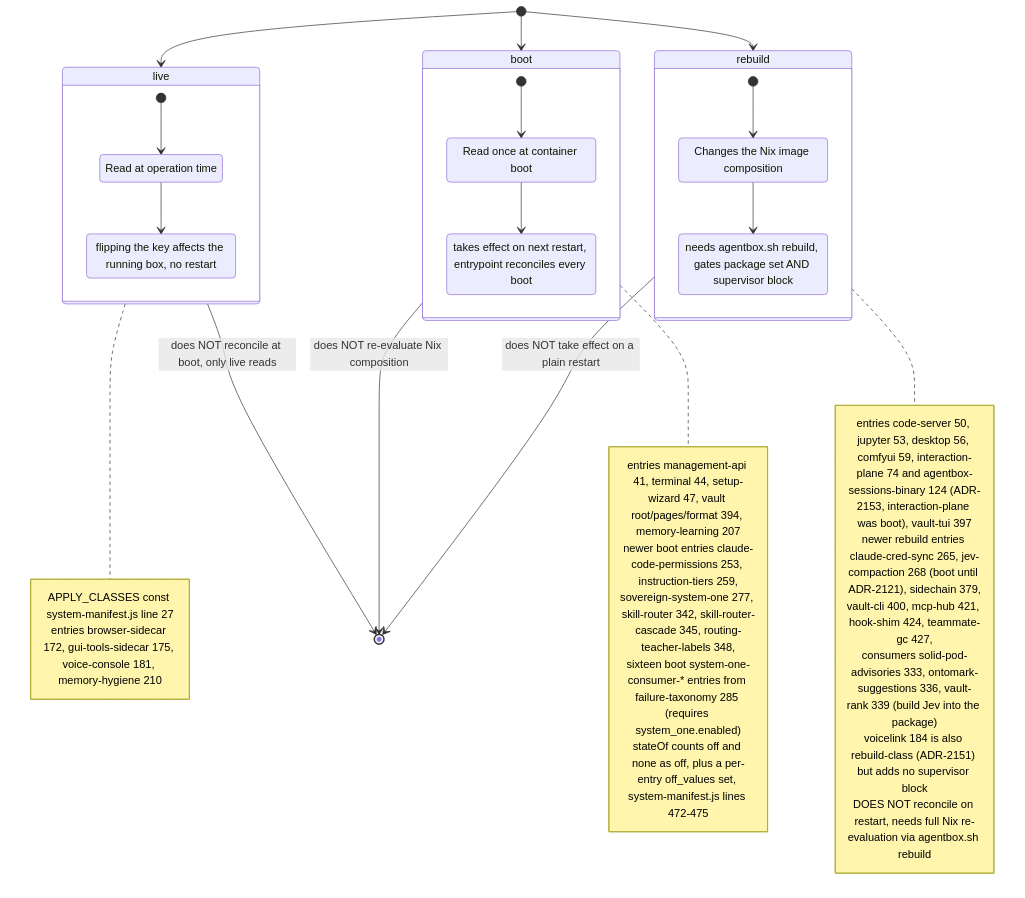
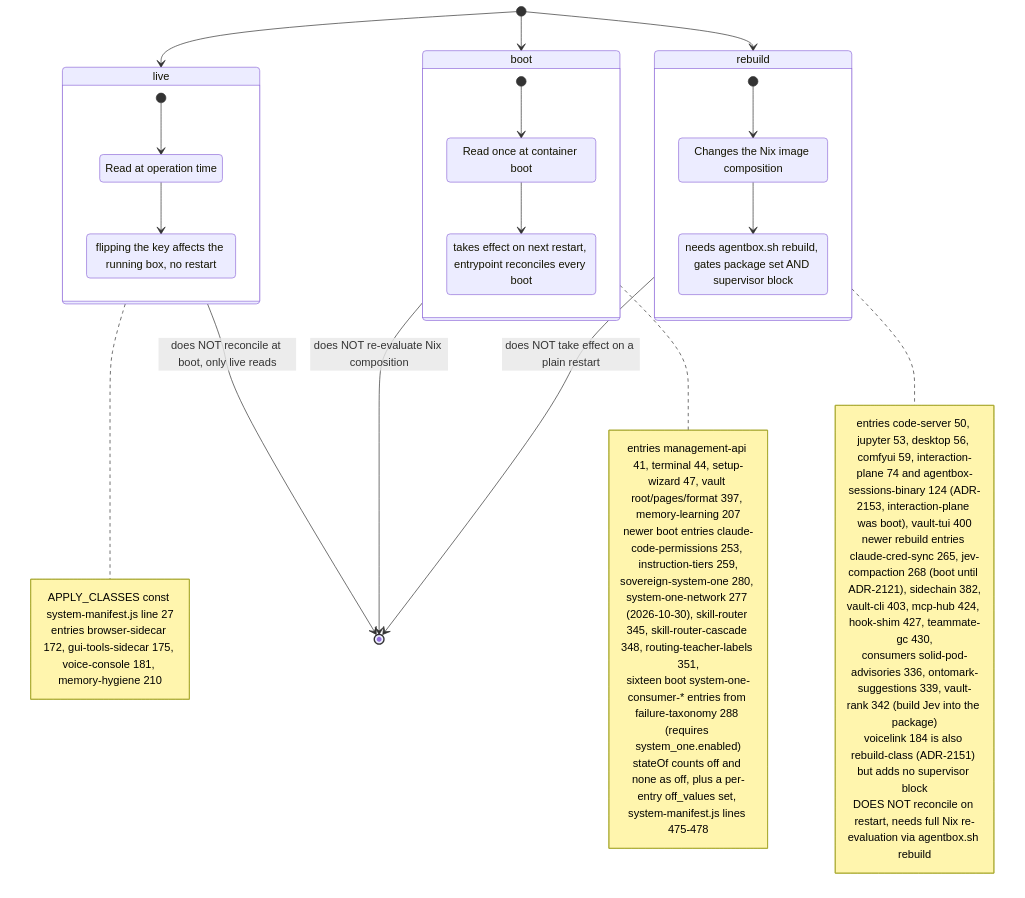
The second of 10 diagrams in docs/diagrams/agentbox/01-nix-flake-composition.md (DreamLab-AI/VisionFlow), drawn with Mermaid before and after one commit. The commit also changed other lines of this file and 142 other files, not shown here.

First line of the commit message:
docs(diagrams): one System One route; re-verify 140 topics at today's heads

````diff
--- a/docs/diagrams/agentbox/01-nix-flake-composition.md
+++ b/docs/diagrams/agentbox/01-nix-flake-composition.md
@@ -105,44 +105,44 @@
 ```mermaid
 stateDiagram-v2
     [*] --> live
     [*] --> boot
     [*] --> rebuild
 
     state live {
         [*] --> LiveRead
         LiveRead: Read at operation time
         LiveRead --> LiveEffect
         LiveEffect: flipping the key affects the running box, no restart
     }
     state boot {
         [*] --> BootRead
         BootRead: Read once at container boot
         BootRead --> BootEffect
         BootEffect: takes effect on next restart, entrypoint reconciles every boot
     }
     state rebuild {
         [*] --> RebuildRead
         RebuildRead: Changes the Nix image composition
         RebuildRead --> RebuildEffect
         RebuildEffect: needs agentbox.sh rebuild, gates package set AND supervisor block
     }
 
     note right of live
         APPLY_CLASSES const system-manifest.js line 27
         entries browser-sidecar 172, gui-tools-sidecar 175, voice-console 181, memory-hygiene 210
     end note
     note right of boot
-        entries management-api 41, terminal 44, setup-wizard 47, vault root/pages/format 394, memory-learning 207
-        newer boot entries claude-code-permissions 253, instruction-tiers 259,<br/>sovereign-system-one 277, skill-router 342, skill-router-cascade 345, routing-teacher-labels 348,<br/>sixteen boot system-one-consumer-* entries from failure-taxonomy 285 (requires system_one.enabled)
-        stateOf counts off and none as off, plus a per-entry off_values set, system-manifest.js lines 472-475
+        entries management-api 41, terminal 44, setup-wizard 47, vault root/pages/format 397, memory-learning 207
+        newer boot entries claude-code-permissions 253, instruction-tiers 259,<br/>sovereign-system-one 280, system-one-network 277 (2026-10-30), skill-router 345, skill-router-cascade 348, routing-teacher-labels 351,<br/>sixteen boot system-one-consumer-* entries from failure-taxonomy 288 (requires system_one.enabled)
+        stateOf counts off and none as off, plus a per-entry off_values set, system-manifest.js lines 475-478
     end note
     note right of rebuild
-        entries code-server 50, jupyter 53, desktop 56, comfyui 59, interaction-plane 74 and agentbox-sessions-binary 124 (ADR-2153, interaction-plane was boot), vault-tui 397
-        newer rebuild entries claude-cred-sync 265, jev-compaction 268 (boot until ADR-2121), sidechain 379,<br/>vault-cli 400, mcp-hub 421, hook-shim 424, teammate-gc 427,<br/>consumers solid-pod-advisories 333, ontomark-suggestions 336, vault-rank 339 (build Jev into the package)<br/>voicelink 184 is also rebuild-class (ADR-2151) but adds no supervisor block
+        entries code-server 50, jupyter 53, desktop 56, comfyui 59, interaction-plane 74 and agentbox-sessions-binary 124 (ADR-2153, interaction-plane was boot), vault-tui 400
+        newer rebuild entries claude-cred-sync 265, jev-compaction 268 (boot until ADR-2121), sidechain 382,<br/>vault-cli 403, mcp-hub 424, hook-shim 427, teammate-gc 430,<br/>consumers solid-pod-advisories 336, ontomark-suggestions 339, vault-rank 342 (build Jev into the package)<br/>voicelink 184 is also rebuild-class (ADR-2151) but adds no supervisor block
         DOES NOT reconcile on restart, needs full Nix re-evaluation via agentbox.sh rebuild
     end note
 
     live --> [*]: does NOT reconcile at boot, only live reads
     boot --> [*]: does NOT re-evaluate Nix composition
     rebuild --> [*]: does NOT take effect on a plain restart
 ```
````
